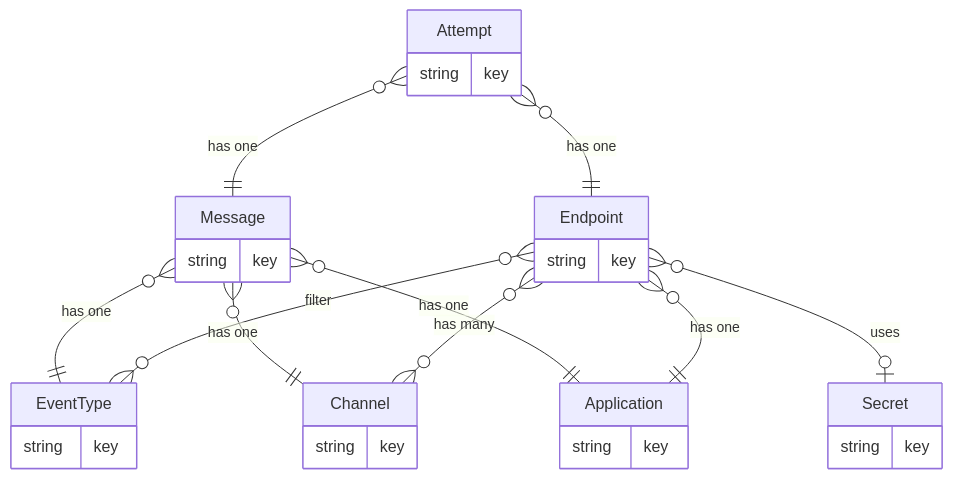
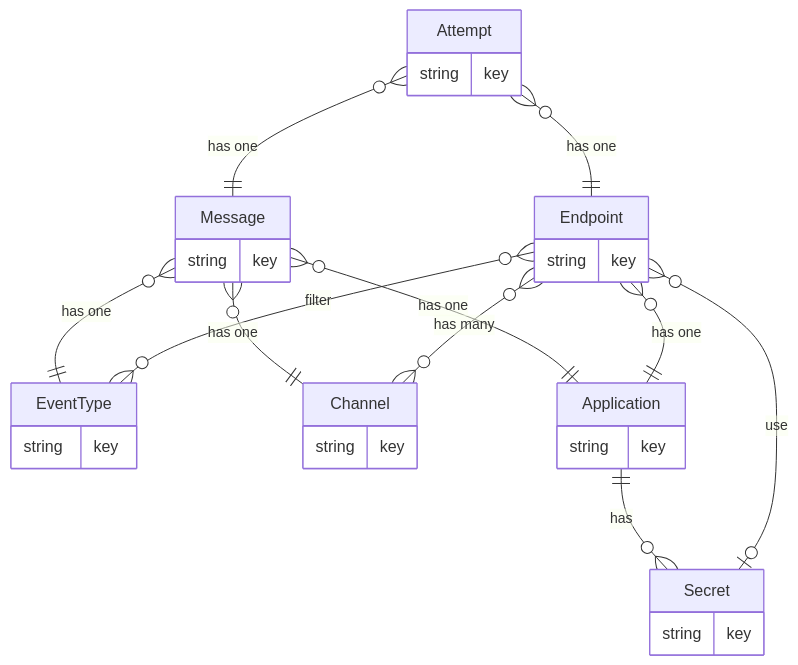
One commit to andrestielau/web-of-hooks changed the second of 2 diagrams in README.md. Above: the diagram before and after it, drawn with Mermaid. The commit also changed 28 other files, not shown here.

````diff
--- a/README.md
+++ b/README.md
@@ -100,33 +100,34 @@
 ```mermaid
 erDiagram
     EventType {
         string key
     }
     Channel {
         string key
     }
     Application {
         string key
     }
     Endpoint {
         string key
     }
     Message {
         string key
     }
     Attempt {
         string key
     }
     Secret {
         string key
     }
     Message }o--|| EventType : "has one"
     Message }o--|| Channel : "has one"
     Message }o--|| Application : "has one"
     Attempt }o--|| Message : "has one"
     Attempt }o--|| Endpoint : "has one"
+    Application ||--o{ Secret : "has"
     Endpoint }o--|| Application : "has one"
     Endpoint }o--o{ Channel : "has many"
     Endpoint }o--o{ EventType : "filter"
-    Endpoint }o--o| Secret : "uses"
+    Endpoint }o--o| Secret : "use"
 ```
````
